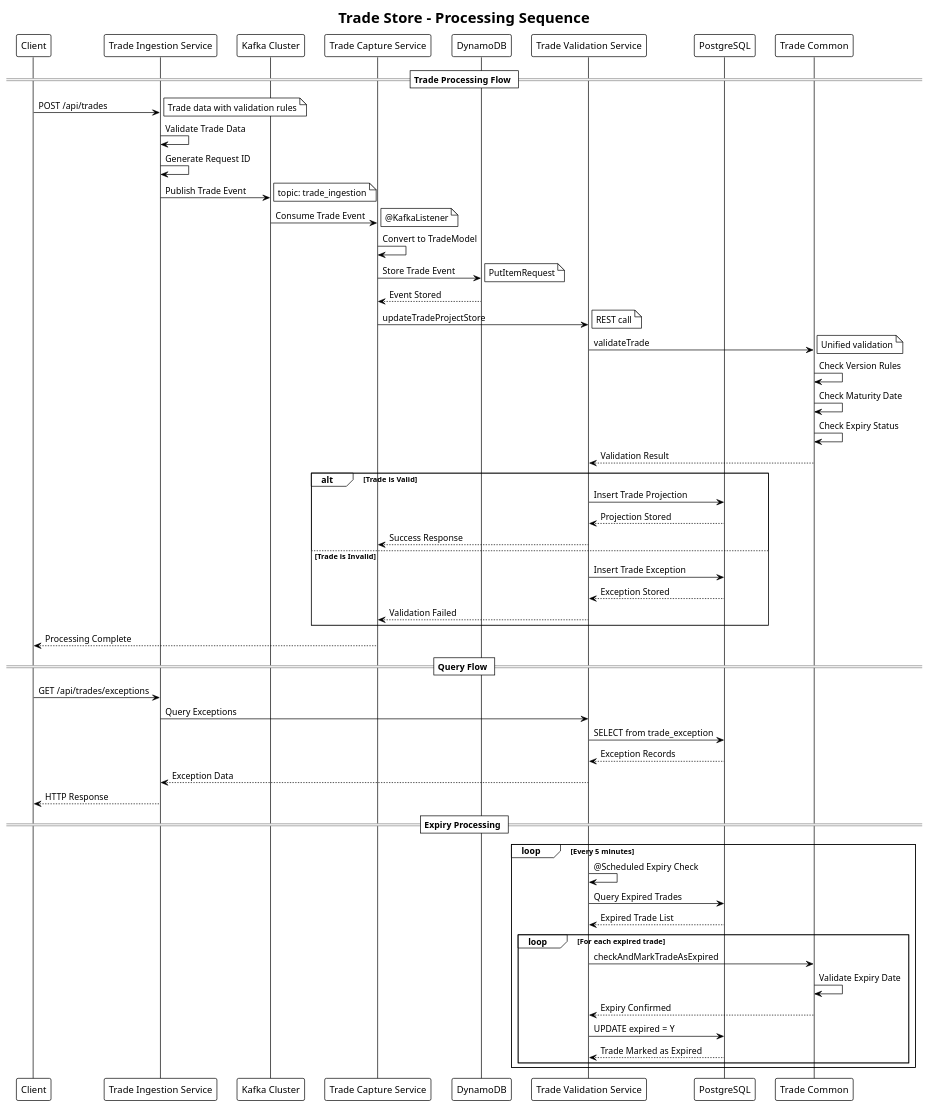
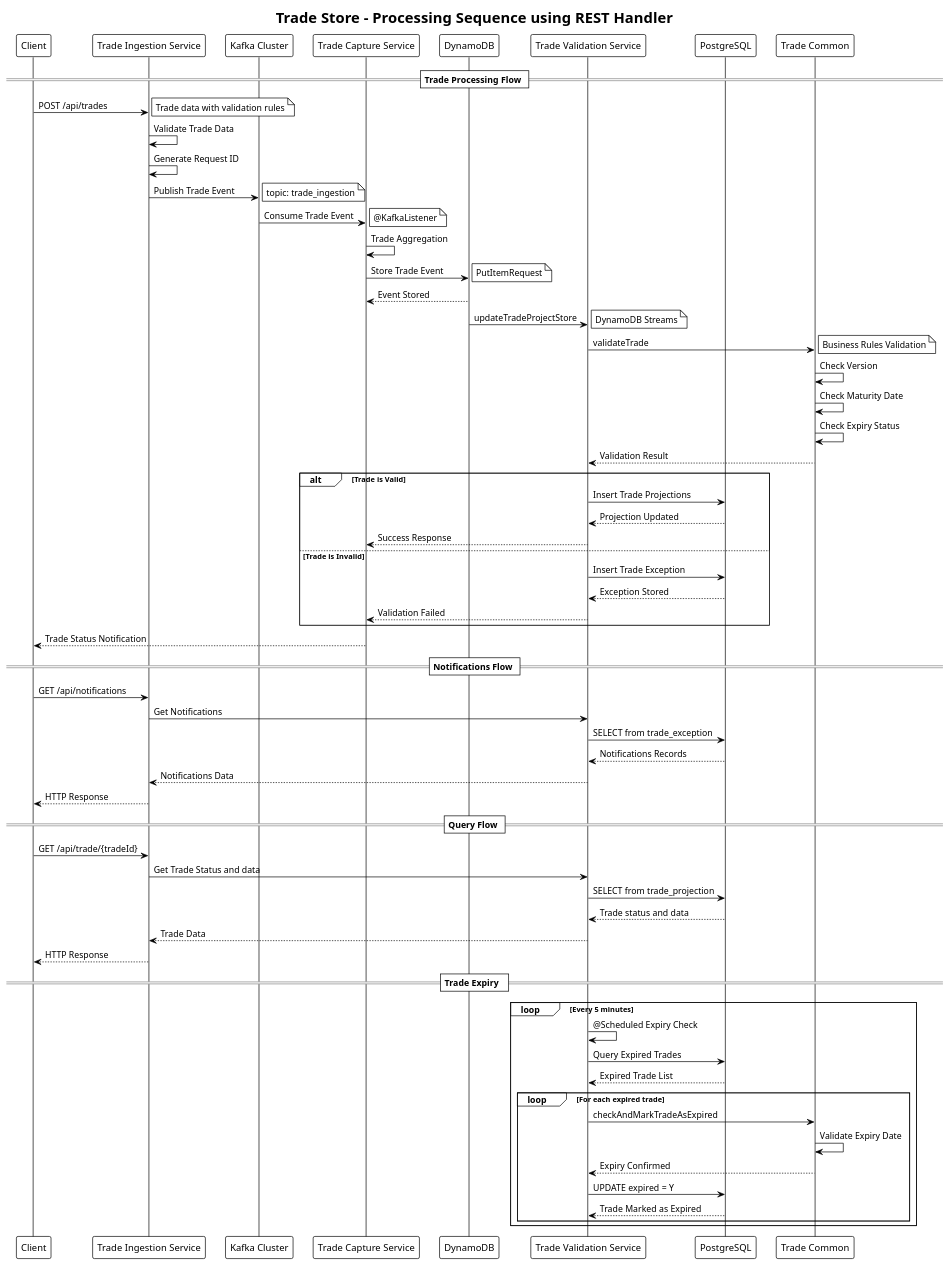
The diagram in docs/trade-store-sequence-diagram.puml (piyush1683/TradeStoreAssignment), drawn with PlantUML before and after one commit. The commit also changed 1 other file, not shown here.

Commit message:
Updated the sequence and component diagram: added trade query service

```diff
--- a/docs/trade-store-sequence-diagram.puml
+++ b/docs/trade-store-sequence-diagram.puml
@@ -1,82 +1,91 @@
 @startuml
 !theme plain
-title Trade Store - Processing Sequence
+title Trade Store - Processing Sequence using REST Handler
 
 participant "Client" as client
 participant "Trade Ingestion Service" as ingestion
 participant "Kafka Cluster" as kafka
 participant "Trade Capture Service" as capture
 participant "DynamoDB" as dynamodb
 participant "Trade Validation Service" as validation
 participant "PostgreSQL" as postgres
 participant "Trade Common" as common
 
 == Trade Processing Flow ==
 
 client -> ingestion : POST /api/trades
 note right : Trade data with validation rules
 
 ingestion -> ingestion : Validate Trade Data
 ingestion -> ingestion : Generate Request ID
 ingestion -> kafka : Publish Trade Event
 note right : topic: trade_ingestion
 
 kafka -> capture : Consume Trade Event
 note right : @KafkaListener
 
-capture -> capture : Convert to TradeModel
+capture -> capture : Trade Aggregation
 capture -> dynamodb : Store Trade Event
 note right : PutItemRequest
 
 dynamodb --> capture : Event Stored
 
-capture -> validation : updateTradeProjectStore
-note right : REST call
+dynamodb -> validation : updateTradeProjectStore
+note right : DynamoDB Streams 
 
 validation -> common : validateTrade
-note right : Unified validation
+note right : Business Rules Validation
 
-common -> common : Check Version Rules
+common -> common : Check Version
 common -> common : Check Maturity Date
 common -> common : Check Expiry Status
 
 common --> validation : Validation Result
 
 alt Trade is Valid
-    validation -> postgres : Insert Trade Projection
-    postgres --> validation : Projection Stored
+    validation -> postgres : Insert Trade Projections
+    postgres --> validation : Projection Updated
     validation --> capture : Success Response
 else Trade is Invalid
     validation -> postgres : Insert Trade Exception
     postgres --> validation : Exception Stored
     validation --> capture : Validation Failed
 end
 
-capture --> client : Processing Complete
+capture --> client : Trade Status Notification
+
+== Notifications Flow ==
+
+client -> ingestion : GET /api/notifications
+ingestion -> validation : Get Notifications
+validation -> postgres : SELECT from trade_exception
+postgres --> validation : Notifications Records
+validation --> ingestion : Notifications Data
+ingestion --> client : HTTP Response
 
 == Query Flow ==
 
-client -> ingestion : GET /api/trades/exceptions
-ingestion -> validation : Query Exceptions
-validation -> postgres : SELECT from trade_exception
-postgres --> validation : Exception Records
-validation --> ingestion : Exception Data
+client -> ingestion : GET /api/trade/{tradeId}
+ingestion -> validation : Get Trade Status and data
+validation -> postgres : SELECT from trade_projection
+postgres --> validation : Trade status and data
+validation --> ingestion : Trade Data
 ingestion --> client : HTTP Response
 
-== Expiry Processing ==
+== Trade Expiry  ==
 
 loop Every 5 minutes
     validation -> validation : @Scheduled Expiry Check
     validation -> postgres : Query Expired Trades
     postgres --> validation : Expired Trade List
     
     loop For each expired trade
         validation -> common : checkAndMarkTradeAsExpired
         common -> common : Validate Expiry Date
         common --> validation : Expiry Confirmed
         validation -> postgres : UPDATE expired = Y
         postgres --> validation : Trade Marked as Expired
     end
 end
 
 @enduml
```
